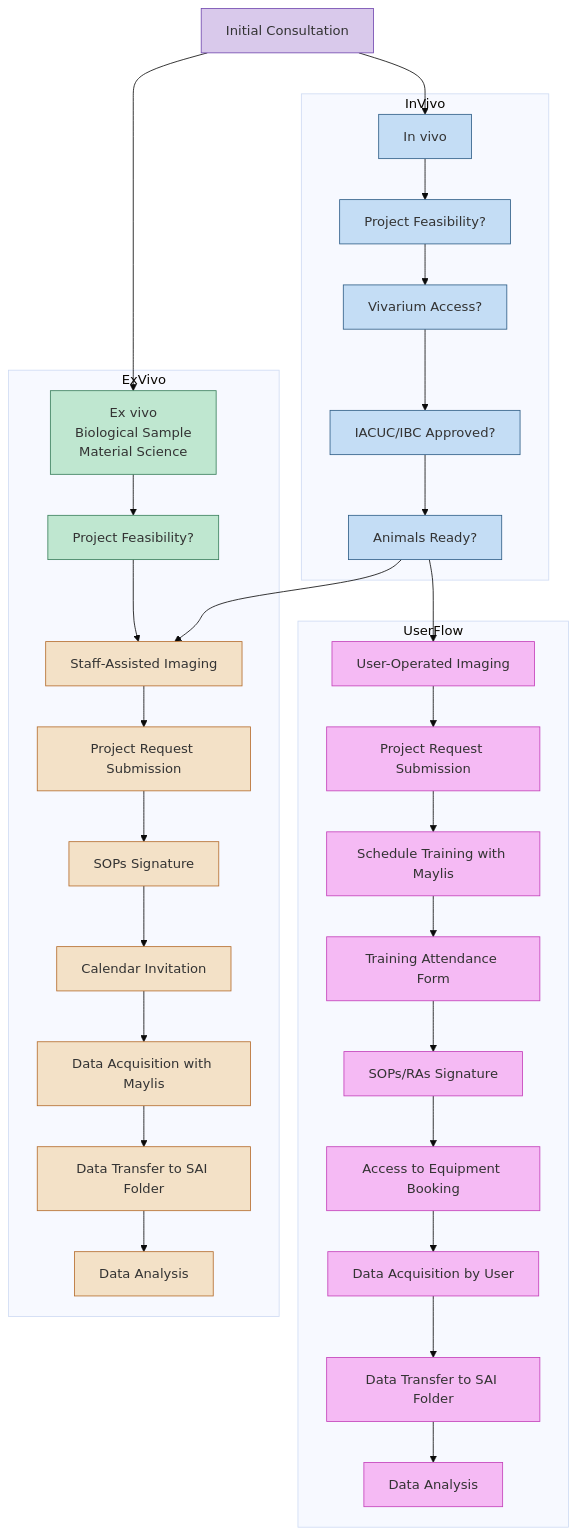
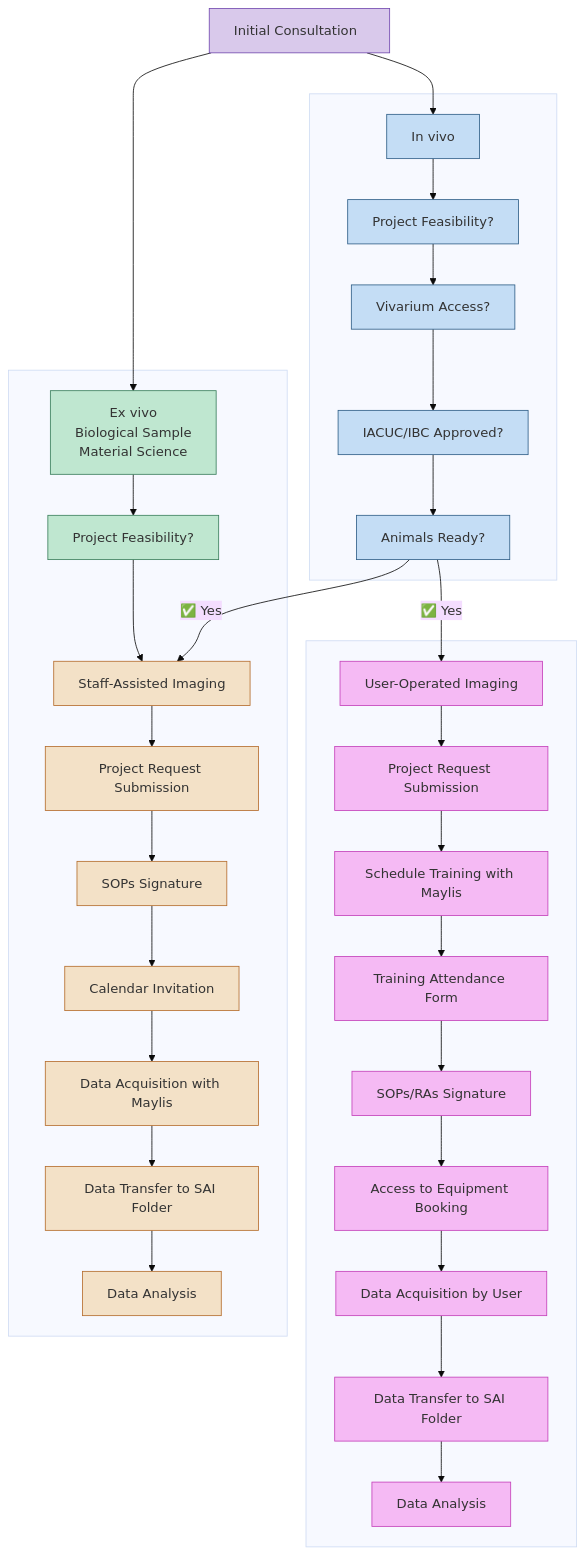
Before and after one commit to BioMedicalImaging-Core-NYUAD/smallanimalimaging-lab-documentation: the diagram in docs/source/1-lab-overview/SAI_scheduling.rst, drawn with Mermaid (base theme).

Commit message:
font, styling

```diff
--- a/docs/source/1-lab-overview/SAI_scheduling.rst
+++ b/docs/source/1-lab-overview/SAI_scheduling.rst
@@ -8,67 +8,68 @@
 .. mermaid::
 
-   graph TD
+    graph TD
 
     %% Styles
-    classDef consult fill:#d9c9eb,stroke:#7148af,stroke-width:1px;
-    classDef exvivo fill:#bfe7d0,stroke:#3a7f5c,stroke-width:1px;
-    classDef invivo fill:#c4ddf5,stroke:#2f5e87,stroke-width:1px;
-    classDef staff fill:#f3e1c7,stroke:#b56d2d,stroke-width:1px;
-    classDef user fill:#f5baf4,stroke:#c441ba,stroke-width:1px;
+    classDef consult fill:#d9c9eb,stroke:#7148af,stroke-width:1px;       %% Lavender purple for initial step
+    classDef exvivo fill:#bfe7d0,stroke:#3a7f5c,stroke-width:1px;        %% Light sage green
+    classDef invivo fill:#c4ddf5,stroke:#2f5e87,stroke-width:1px;        %% Light steel blue
+    classDef staff fill:#f3e1c7,stroke:#b56d2d,stroke-width:1px;         %% Soft beige
+    classDef user fill:#f5baf4,stroke:#c441ba,stroke-width:1px;          %% Bubblegum pink with magenta border
 
     %% Central node
     A["Initial Consultation"]:::consult
+    style A width:220px
 
-    %% Subgraph: Ex Vivo
-    subgraph ExVivo
+    %% Subgraph: Ex Vivo Flow
+    subgraph ExVivo[ ]
         B["Ex vivo<br>Biological Sample<br>Material Science"]:::exvivo
         D1["Project Feasibility?"]:::exvivo
         E["Staff-Assisted Imaging"]:::staff
         F["Project Request Submission"]:::staff
         G["SOPs Signature"]:::staff
         H["Calendar Invitation"]:::staff
         I["Data Acquisition with Maylis"]:::staff
         J["Data Transfer to SAI Folder"]:::staff
         K["Data Analysis"]:::staff
     end
 
-    %% Subgraph: In Vivo
-    subgraph InVivo
+    %% Subgraph: In Vivo Flow
+    subgraph InVivo[ ]
         C["In vivo"]:::invivo
         L1["Project Feasibility?"]:::invivo
         M["Vivarium Access?"]:::invivo
         N["IACUC/IBC Approved?"]:::invivo
         O["Animals Ready?"]:::invivo
     end
 
-    %% Subgraph: User Operated
-    subgraph UserFlow
+    %% Subgraph: User-Operated Flow
+    subgraph UserOperated[ ]
         P["User-Operated Imaging"]:::user
         Q["Project Request Submission"]:::user
         R["Schedule Training with Maylis"]:::user
         S["Training Attendance Form"]:::user
         T["SOPs/RAs Signature"]:::user
         U["Access to Equipment Booking"]:::user
         V["Data Acquisition by User"]:::user
         W["Data Transfer to SAI Folder"]:::user
         X["Data Analysis"]:::user
     end
 
     %% Flow
     A --> B
     A --> C
 
     B --> D1 --> E
     E --> F --> G --> H --> I --> J --> K
 
     C --> L1 --> M --> N --> O
-    O --> E
-    O --> P
+    O --✅ Yes --> E
+    O --✅ Yes --> P
 
     P --> Q --> R --> S --> T --> U --> V --> W --> X
 
-    %% Links
+    %% Clickable Nodes
     click A "mailto:maylis.boitet@nyu.edu"
     click Q "https://forms.gle/d3xRyphopVUj6PwW6"
     click S "https://docs.google.com/forms/d/e/1FAIpQLScLW1MOvo-9aAwX2_04FcyLGPR9xtDso9hu9SEixUy2VzuAiw/viewform"
     click U "https://corelabs.abudhabi.nyu.edu/"
```
